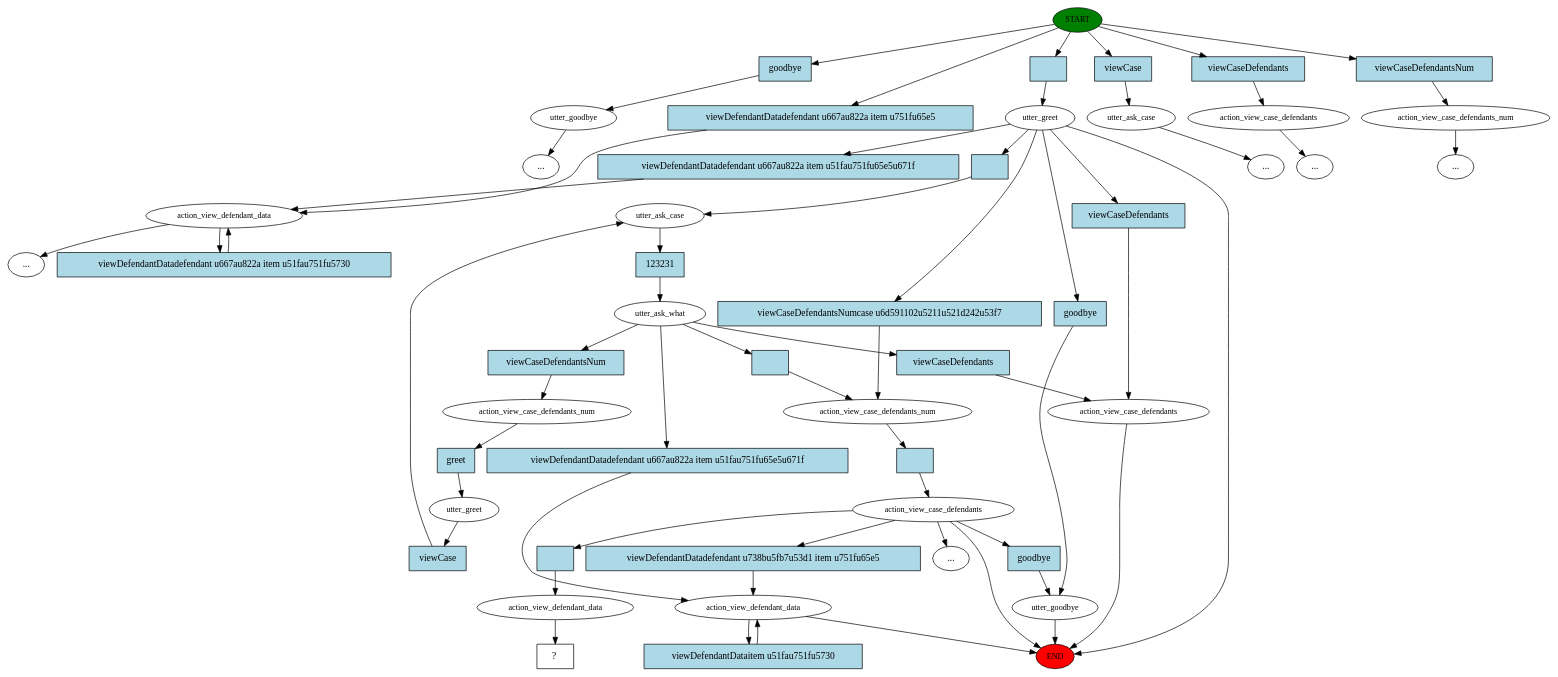
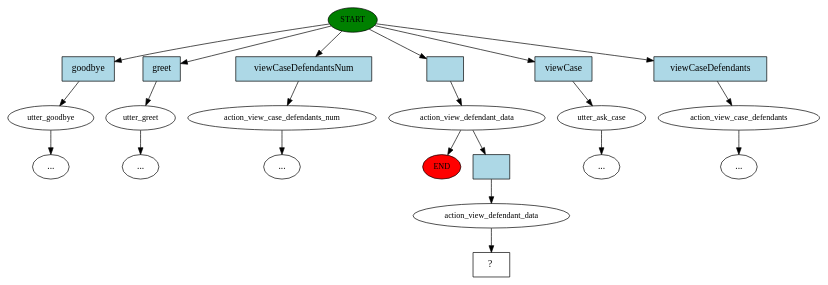
The diagram in story_graph.dot (bing-zhub/RasaChatBot), drawn with Graphviz before and after one commit. The commit also changed 7 other files, not shown here.

```diff
--- a/story_graph.dot
+++ b/story_graph.dot
@@ -1,111 +1,45 @@
 digraph  {
 0 [class="start active", fillcolor=green, fontsize=12, label=START, style=filled];
 "-1" [class=end, fillcolor=red, fontsize=12, label=END, style=filled];
 1 [class="", fontsize=12, label=utter_goodbye];
 "-3" [class=ellipsis, label="..."];
-2 [class="", fontsize=12, label=action_view_defendant_data];
-3 [class=active, fontsize=12, label=utter_greet];
-4 [class=active, fontsize=12, label=utter_ask_case];
-5 [class=active, fontsize=12, label=utter_ask_what];
-6 [class=active, fontsize=12, label=action_view_case_defendants_num];
-7 [class=active, fontsize=12, label=action_view_case_defendants];
-8 [class="", fontsize=12, label=action_view_defendant_data];
-14 [class="", fontsize=12, label=utter_ask_case];
-"-5" [class=ellipsis, label="..."];
-16 [class="", fontsize=12, label=utter_goodbye];
-30 [class="", fontsize=12, label=action_view_case_defendants];
-31 [class="", fontsize=12, label=action_view_case_defendants];
-"-7" [class=ellipsis, label="..."];
-"-9" [class=ellipsis, label="..."];
-43 [class="", fontsize=12, label=action_view_case_defendants_num];
-44 [class="", fontsize=12, label=utter_greet];
-"-10" [class=ellipsis, label="..."];
-49 [class="", fontsize=12, label=action_view_case_defendants_num];
-"-11" [class=ellipsis, label="..."];
-61 [class=active, fontsize=12, label=action_view_defendant_data];
-62 [class="intent dashed active", label="  ?  ", shape=rect];
-63 [class=intent, fillcolor=lightblue, label=goodbye, shape=rect, style=filled];
-64 [class=intent, fillcolor=lightblue, label="viewDefendantDatadefendant u667au822a item u751fu65e5", shape=rect, style=filled];
-65 [class="intent active", fillcolor=lightblue, label="", shape=rect, style=filled];
-66 [class=intent, fillcolor=lightblue, label=viewCase, shape=rect, style=filled];
-67 [class=intent, fillcolor=lightblue, label=viewCaseDefendants, shape=rect, style=filled];
-68 [class=intent, fillcolor=lightblue, label=viewCaseDefendantsNum, shape=rect, style=filled];
-69 [class=intent, fillcolor=lightblue, label="viewDefendantDatadefendant u667au822a item u51fau751fu5730", shape=rect, style=filled];
-70 [class="intent active", fillcolor=lightblue, label="", shape=rect, style=filled];
-71 [class=intent, fillcolor=lightblue, label=goodbye, shape=rect, style=filled];
-72 [class=intent, fillcolor=lightblue, label="viewCaseDefendantsNumcase u6d591102u5211u521d242u53f7", shape=rect, style=filled];
-73 [class=intent, fillcolor=lightblue, label=viewCaseDefendants, shape=rect, style=filled];
-74 [class=intent, fillcolor=lightblue, label="viewDefendantDatadefendant u667au822a item u51fau751fu65e5u671f", shape=rect, style=filled];
-75 [class="intent active", fillcolor=lightblue, label=123231, shape=rect, style=filled];
-76 [class="intent active", fillcolor=lightblue, label="", shape=rect, style=filled];
-77 [class=intent, fillcolor=lightblue, label=viewCaseDefendants, shape=rect, style=filled];
-78 [class=intent, fillcolor=lightblue, label=viewCaseDefendantsNum, shape=rect, style=filled];
-79 [class=intent, fillcolor=lightblue, label="viewDefendantDatadefendant u667au822a item u51fau751fu65e5u671f", shape=rect, style=filled];
-80 [class="intent active", fillcolor=lightblue, label="", shape=rect, style=filled];
-81 [class=intent, fillcolor=lightblue, label="viewDefendantDatadefendant u738bu5fb7u53d1 item u751fu65e5", shape=rect, style=filled];
-82 [class="intent active", fillcolor=lightblue, label="", shape=rect, style=filled];
-83 [class=intent, fillcolor=lightblue, label=goodbye, shape=rect, style=filled];
-84 [class=intent, fillcolor=lightblue, label="viewDefendantDataitem u51fau751fu5730", shape=rect, style=filled];
-85 [class=intent, fillcolor=lightblue, label=greet, shape=rect, style=filled];
-86 [class=intent, fillcolor=lightblue, label=viewCase, shape=rect, style=filled];
-0 -> 63  [class="", key=0];
-0 -> 64  [class="", key=0];
-0 -> 65  [class=active, key=0];
-0 -> 66  [class="", key=0];
-0 -> 67  [class="", key=0];
-0 -> 68  [class="", key=0];
+2 [class="", fontsize=12, label=utter_greet];
+4 [class="", fontsize=12, label=action_view_case_defendants_num];
+"-6" [class=ellipsis, label="..."];
+10 [class=active, fontsize=12, label=action_view_defendant_data];
+"-18" [class=ellipsis, label="..."];
+18 [class="", fontsize=12, label=utter_ask_case];
+"-19" [class=ellipsis, label="..."];
+19 [class="", fontsize=12, label=action_view_case_defendants];
+"-20" [class=ellipsis, label="..."];
+21 [class=active, fontsize=12, label=action_view_defendant_data];
+22 [class="intent dashed active", label="  ?  ", shape=rect];
+23 [class=intent, fillcolor=lightblue, label=goodbye, shape=rect, style=filled];
+24 [class=intent, fillcolor=lightblue, label=greet, shape=rect, style=filled];
+25 [class=intent, fillcolor=lightblue, label=viewCaseDefendantsNum, shape=rect, style=filled];
+26 [class="intent active", fillcolor=lightblue, label="", shape=rect, style=filled];
+27 [class=intent, fillcolor=lightblue, label=viewCase, shape=rect, style=filled];
+28 [class=intent, fillcolor=lightblue, label=viewCaseDefendants, shape=rect, style=filled];
+29 [class="intent active", fillcolor=lightblue, label="", shape=rect, style=filled];
+0 -> 23  [class="", key=0];
+0 -> 24  [class="", key=0];
+0 -> 25  [class="", key=0];
+0 -> 26  [class=active, key=0];
+0 -> 27  [class="", key=0];
+0 -> 28  [class="", key=0];
 1 -> "-3"  [class="", key=NONE, label=""];
-2 -> "-9"  [class="", key=NONE, label=""];
-2 -> 69  [class="", key=0];
-3 -> "-1"  [class="", key=NONE, label=""];
-3 -> 70  [class=active, key=0];
-3 -> 71  [class="", key=0];
-3 -> 72  [class="", key=0];
-3 -> 73  [class="", key=0];
-3 -> 74  [class="", key=0];
-4 -> 75  [class=active, key=0];
-5 -> 76  [class=active, key=0];
-5 -> 77  [class="", key=0];
-5 -> 78  [class="", key=0];
-5 -> 79  [class="", key=0];
-6 -> 80  [class=active, key=0];
-7 -> "-1"  [class="", key=NONE, label=""];
-7 -> "-10"  [class="", key=NONE, label=""];
-7 -> 81  [class="", key=0];
-7 -> 82  [class=active, key=0];
-7 -> 83  [class="", key=0];
-8 -> "-1"  [class="", key=NONE, label=""];
-8 -> 84  [class="", key=0];
-14 -> "-5"  [class="", key=NONE, label=""];
-16 -> "-1"  [class="", key=NONE, label=""];
-30 -> "-1"  [class="", key=NONE, label=""];
-31 -> "-7"  [class="", key=NONE, label=""];
-43 -> 85  [class="", key=0];
-44 -> 86  [class="", key=0];
-49 -> "-11"  [class="", key=NONE, label=""];
-61 -> 62  [class=active, key=NONE, label=""];
-63 -> 1  [class="", key=0];
-64 -> 2  [class="", key=0];
-65 -> 3  [class=active, key=0];
-66 -> 14  [class="", key=0];
-67 -> 31  [class="", key=0];
-68 -> 49  [class="", key=0];
-69 -> 2  [class="", key=0];
-70 -> 4  [class=active, key=0];
-71 -> 16  [class="", key=0];
-72 -> 6  [class="", key=0];
-73 -> 30  [class="", key=0];
-74 -> 2  [class="", key=0];
-75 -> 5  [class=active, key=0];
-76 -> 6  [class=active, key=0];
-77 -> 30  [class="", key=0];
-78 -> 43  [class="", key=0];
-79 -> 8  [class="", key=0];
-80 -> 7  [class=active, key=0];
-81 -> 8  [class="", key=0];
-82 -> 61  [class=active, key=0];
-83 -> 16  [class="", key=0];
-84 -> 8  [class="", key=0];
-85 -> 44  [class="", key=0];
-86 -> 4  [class="", key=0];
+2 -> "-18"  [class="", key=NONE, label=""];
+4 -> "-6"  [class="", key=NONE, label=""];
+10 -> "-1"  [class="", key=NONE, label=""];
+10 -> 29  [class=active, key=0];
+18 -> "-19"  [class="", key=NONE, label=""];
+19 -> "-20"  [class="", key=NONE, label=""];
+21 -> 22  [class=active, key=NONE, label=""];
+23 -> 1  [class="", key=0];
+24 -> 2  [class="", key=0];
+25 -> 4  [class="", key=0];
+26 -> 10  [class=active, key=0];
+27 -> 18  [class="", key=0];
+28 -> 19  [class="", key=0];
+29 -> 21  [class=active, key=0];
 }
```
